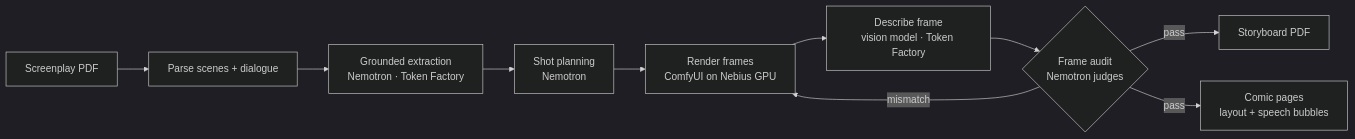
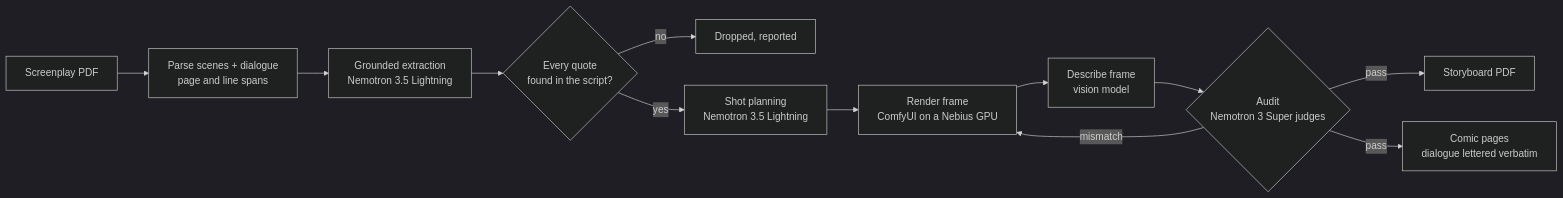
Before and after one commit to Katlego-tech/Panelwise: the diagram in README.md, drawn with Mermaid (dark theme). The commit also changed other lines of this file and 3 other files, not shown here.

Commit message:
docs(readme): T033 draft — what works today, grounding per stage, Nemotron/Token Factory usage with findings, measured results, run it; feedback left for the team

````diff
--- a/README.md
+++ b/README.md
@@ -19,12 +33,14 @@
 ```mermaid
 flowchart LR
-  PDF[Screenplay PDF] --> P[Parse scenes + dialogue]
-  P --> G[Grounded extraction<br/>Nemotron · Token Factory]
-  G --> S[Shot planning<br/>Nemotron]
-  S --> R[Render frames<br/>ComfyUI on Nebius GPU]
-  R --> D[Describe frame<br/>vision model · Token Factory]
-  D --> V{Frame audit<br/>Nemotron judges}
+  PDF[Screenplay PDF] --> P[Parse scenes + dialogue<br/>page and line spans]
+  P --> G[Grounded extraction<br/>Nemotron 3.5 Lightning]
+  G --> F{Every quote<br/>found in the script?}
+  F -- no --> X[Dropped, reported]
+  F -- yes --> S[Shot planning<br/>Nemotron 3.5 Lightning]
+  S --> R[Render frame<br/>ComfyUI on a Nebius GPU]
+  R --> D[Describe frame<br/>vision model]
+  D --> V{Audit<br/>Nemotron 3 Super judges}
   V -- mismatch --> R
   V -- pass --> B[Storyboard PDF]
-  V -- pass --> C[Comic pages<br/>layout + speech bubbles]
+  V -- pass --> C[Comic pages<br/>dialogue lettered verbatim]
 ```
````
